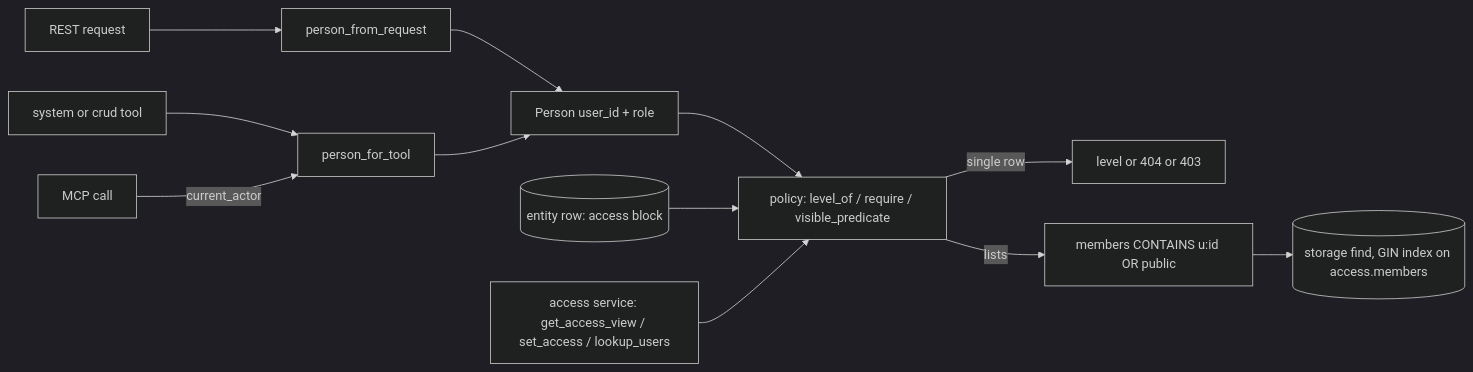
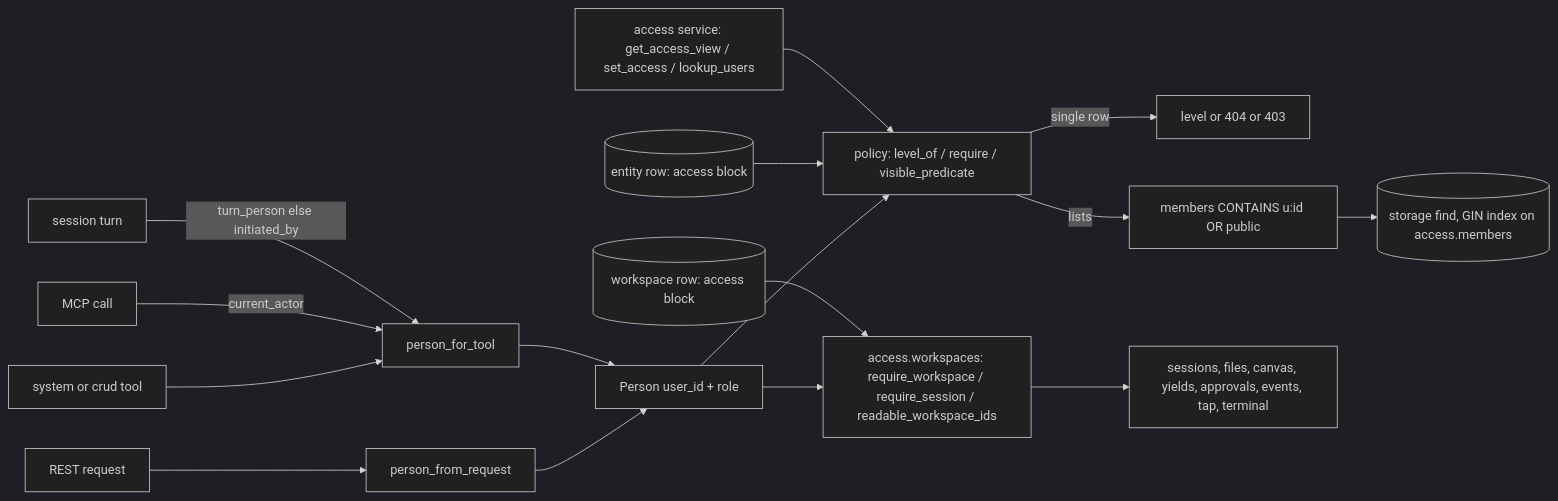
Before and after one commit to primerhq/primer: the diagram in docs/dev/architecture/access-control.md, drawn with Mermaid (dark theme). The commit also changed other lines of this file and 7 other files, not shown here.

Commit message:
docs(access): workspaces, the turn person, event scoping and per-user default workspaces; the rank and reach rules replaced in the dev docs

````diff
--- a/docs/dev/architecture/access-control.md
+++ b/docs/dev/architecture/access-control.md
@@ -21,14 +24,18 @@
 ```mermaid
 flowchart LR
     req[REST request] --> pr[person_from_request]
     tool[system or crud tool] --> pt[person_for_tool]
     mcp[MCP call] -->|current_actor| pt
+    turn[session turn] -->|turn_person else initiated_by| pt
     pr --> person[Person user_id + role]
     pt --> person
     person --> pol[policy: level_of / require / visible_predicate]
     row[(entity row: access block)] --> pol
     pol -->|single row| verdict[level or 404 or 403]
     pol -->|lists| pred[members CONTAINS u:id OR public]
     pred --> store[(storage find, GIN index on access.members)]
     svc[access service: get_access_view / set_access / lookup_users] --> pol
+    person --> ws[access.workspaces: require_workspace / require_session / readable_workspace_ids]
+    wsrow[(workspace row: access block)] --> ws
+    ws --> inherited[sessions, files, canvas, yields, approvals, events, tap, terminal]
 ```
````
